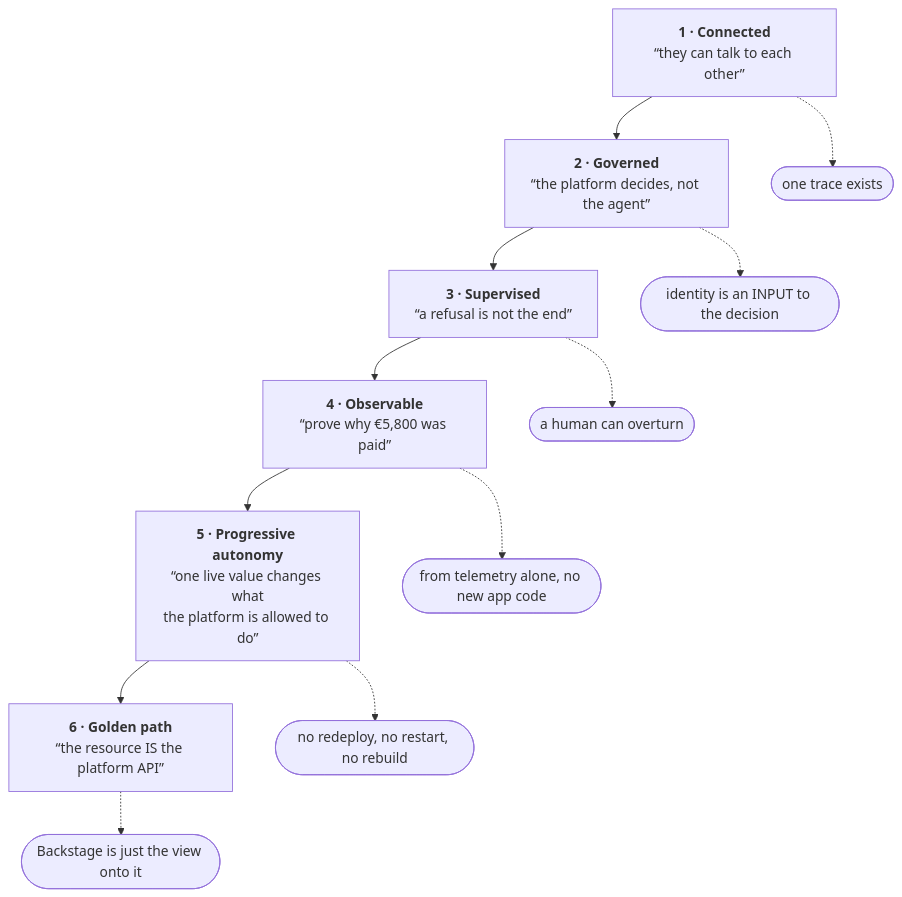
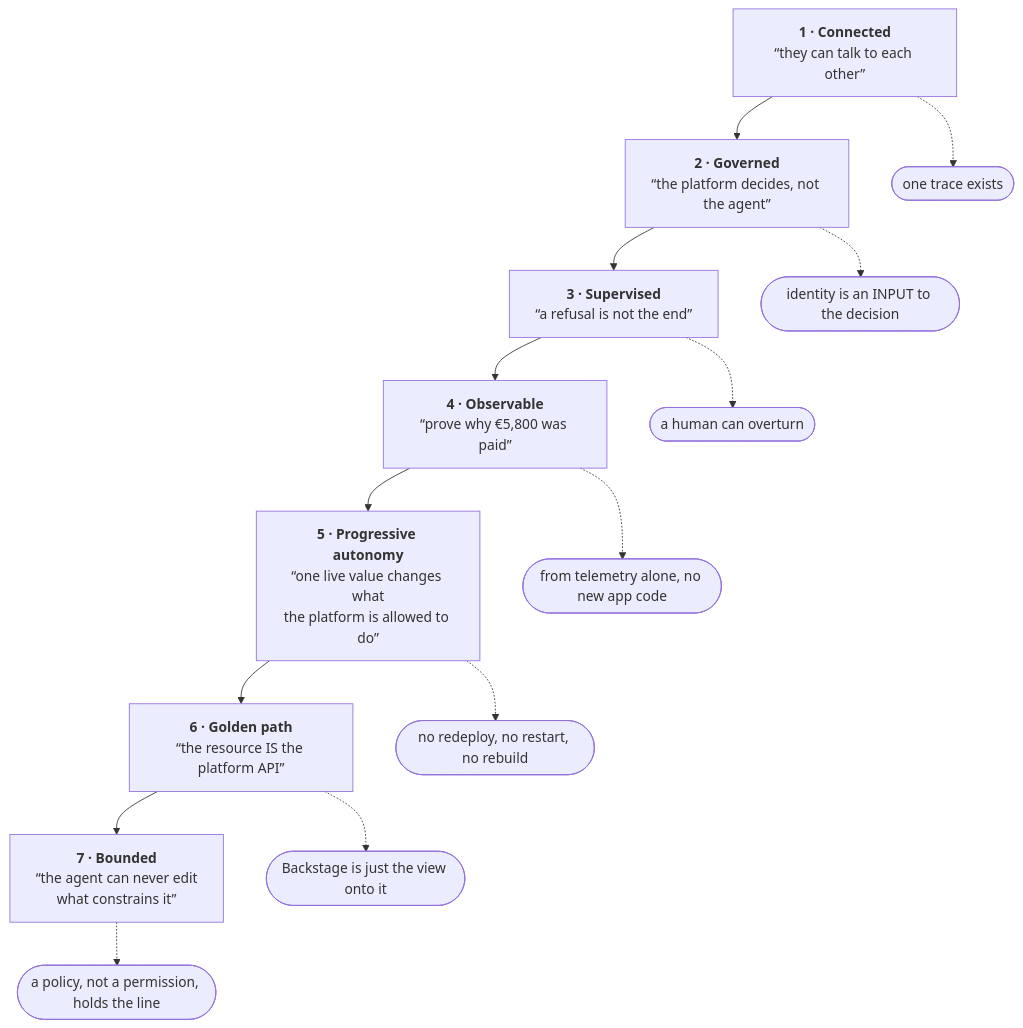
The first of 4 diagrams in docs/demo-runbook.md (kaspernissen/aip-demo), drawn with Mermaid before and after one commit. The commit also changed other lines of this file and 3 other files, not shown here.

```diff
--- a/docs/demo-runbook.md
+++ b/docs/demo-runbook.md
@@ -35,31 +35,36 @@
 <pre class="mermaid">
 flowchart TD
     s1["`**1 · Connected**
       “they can talk to each other”`"]
     s2["`**2 · Governed**
       “the platform decides, not the agent”`"]
     s3["`**3 · Supervised**
       “a refusal is not the end”`"]
     s4["`**4 · Observable**
       “prove why €5,800 was paid”`"]
     s5["`**5 · Progressive autonomy**
       “one live value changes what
       the platform is allowed to do”`"]
     s6["`**6 · Golden path**
       “the resource IS the platform API”`"]
+    s7["`**7 · Bounded**
+      “the agent can never edit
+      what constrains it”`"]
 
     r1(["one trace exists"])
     r2(["identity is an INPUT to the decision"])
     r3(["a human can overturn"])
     r4(["from telemetry alone, no new app code"])
     r5(["no redeploy, no restart, no rebuild"])
     r6(["Backstage is just the view onto it"])
+    r7(["a policy, not a permission, holds the line"])
 
-    s1 --> s2 --> s3 --> s4 --> s5 --> s6
+    s1 --> s2 --> s3 --> s4 --> s5 --> s6 --> s7
     s1 -.-> r1
     s2 -.-> r2
     s3 -.-> r3
     s4 -.-> r4
     s5 -.-> r5
     s6 -.-> r6
+    s7 -.-> r7
 </pre>
```
